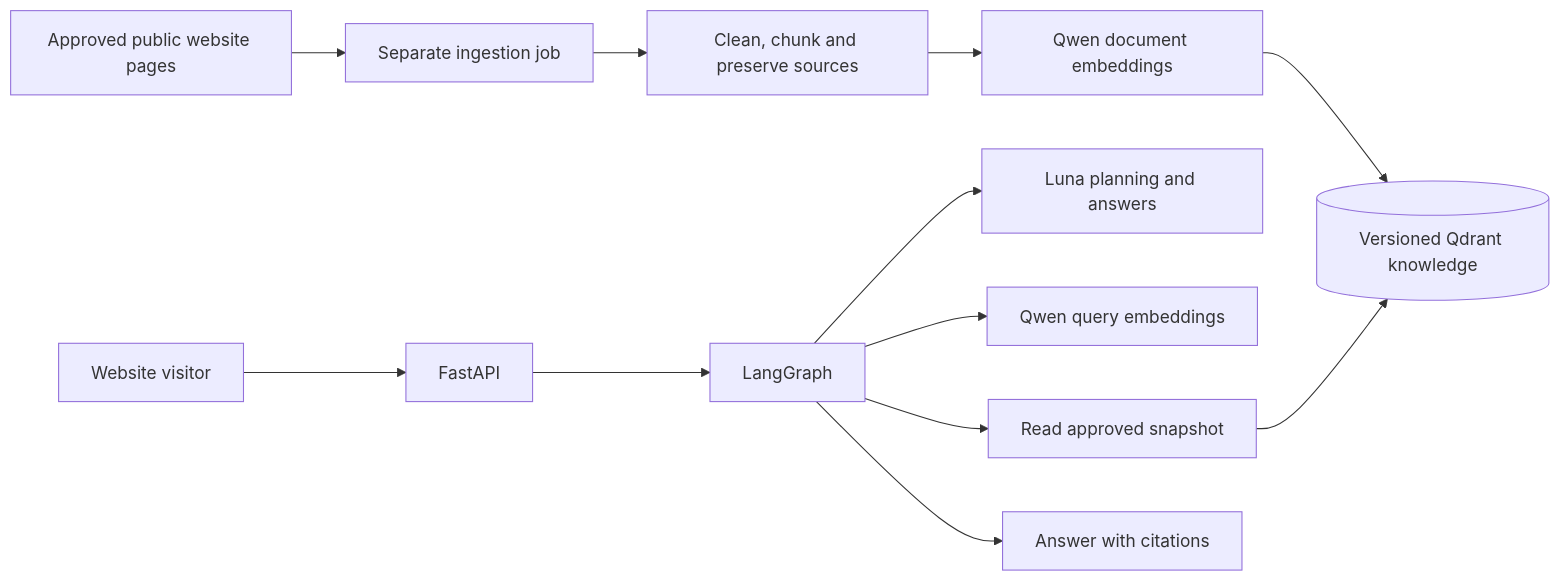
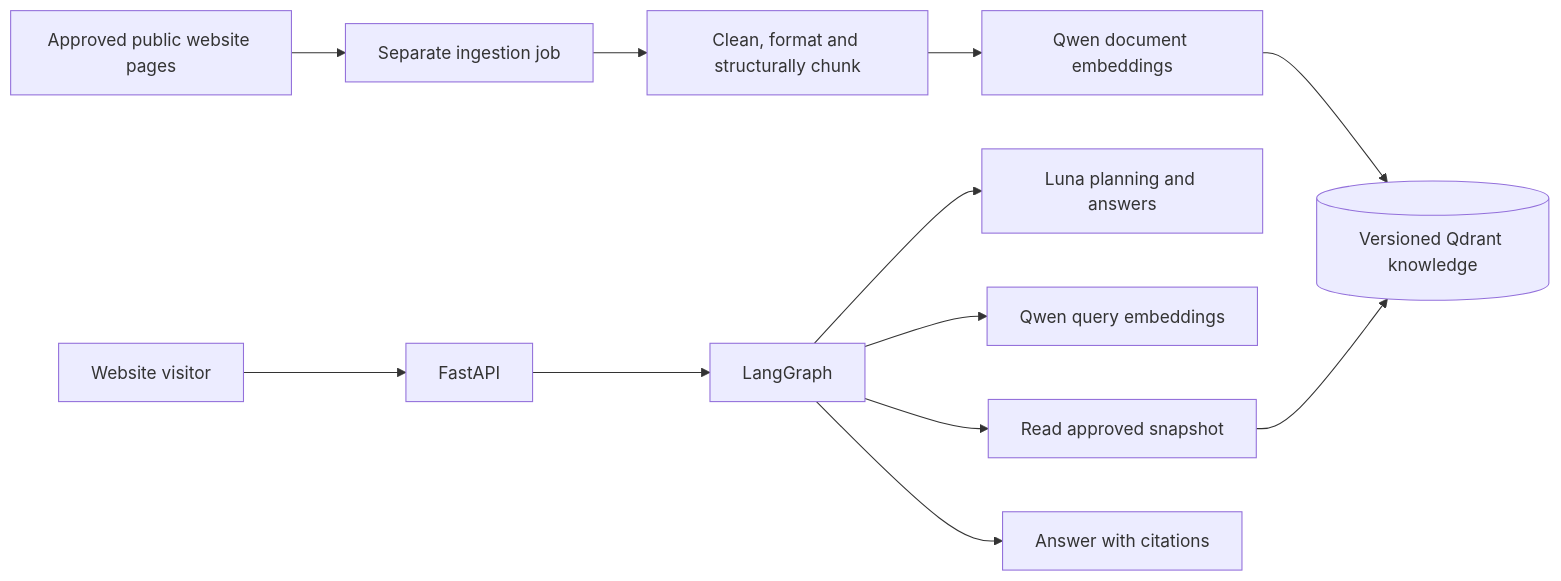
One commit to RetajMelhem/telescope-chatbot-agentic-rag changed the diagram in docs/ARCHITECTURE.md. Above: the diagram before and after it, drawn with Mermaid. The commit also changed other lines of this file and 12 other files, not shown here.

````diff
--- a/docs/ARCHITECTURE.md
+++ b/docs/ARCHITECTURE.md
@@ -73,14 +74,14 @@
 ```mermaid
 flowchart LR
     Web[Approved public website pages] --> Job[Separate ingestion job]
-    Job --> Clean[Clean, chunk and preserve sources]
+    Job --> Clean[Clean, format and structurally chunk]
     Clean --> Embed[Qwen document embeddings]
     Embed --> Index[(Versioned Qdrant knowledge)]
     User[Website visitor] --> API[FastAPI]
     API --> Graph[LangGraph]
     Graph --> Luna[Luna planning and answers]
     Graph --> Query[Qwen query embeddings]
     Graph --> Read[Read approved snapshot]
     Read --> Index
     Graph --> Response[Answer with citations]
 ```
````
